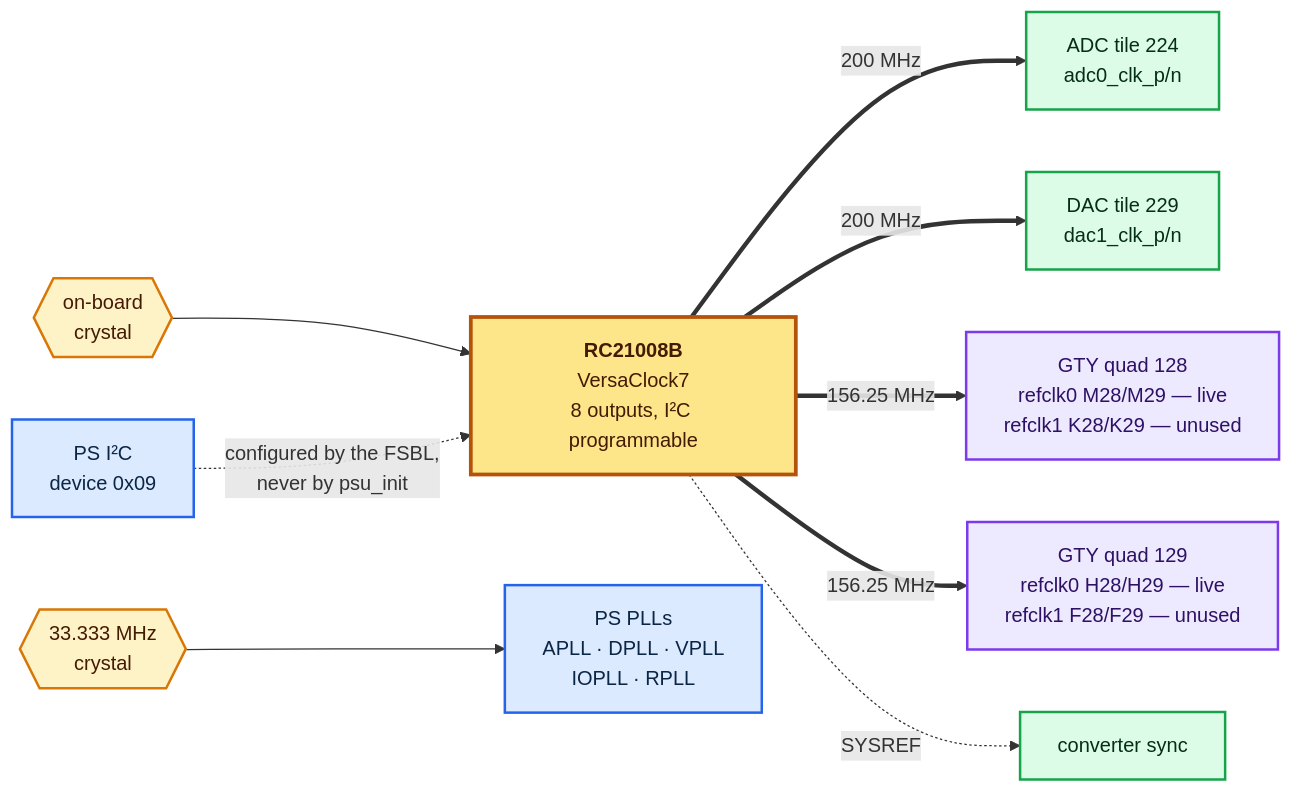
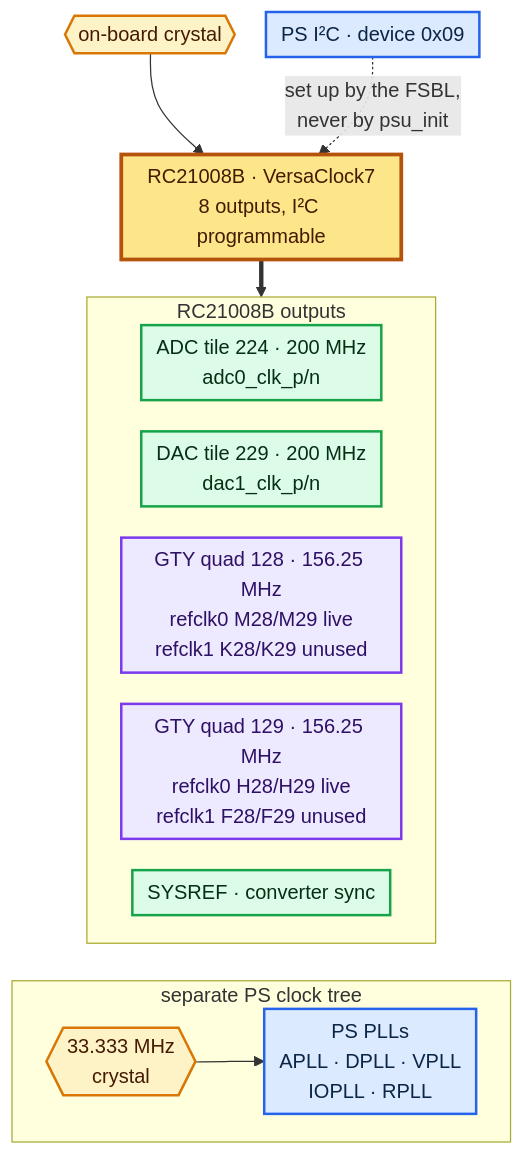
One commit to JutsFunFor/xczu27dr-rfsoc changed the diagram in clocking/README.md. Above: the diagram before and after it, drawn with Mermaid. The commit also changed 7 other files, not shown here.

````diff
--- a/clocking/README.md
+++ b/clocking/README.md
@@ -48,30 +48,38 @@
 ```mermaid
-flowchart LR
-  XO{{"on-board<br/>crystal"}}
-  RC["<b>RC21008B</b><br/>VersaClock7<br/>8 outputs, I²C programmable"]
-  I2C["PS I²C<br/>device 0x09"]
+%%{init: {"flowchart": {"nodeSpacing": 25, "rankSpacing": 30, "padding": 6}}}%%
+flowchart TD
+  XO{{"on-board crystal"}}
+  I2C["PS I²C · device 0x09"]
+  RC["RC21008B · VersaClock7<br/>8 outputs, I²C programmable"]
 
   XO --> RC
-  I2C -.->|"configured by the FSBL,<br/>never by psu_init"| RC
+  I2C -.->|"set up by the FSBL,<br/>never by psu_init"| RC
+  RC ==> OUT
+  OUT ~~~ PSC
 
-  RC ==>|"200 MHz"| ADC["ADC tile 224<br/>adc0_clk_p/n"]
-  RC ==>|"200 MHz"| DAC["DAC tile 229<br/>dac1_clk_p/n"]
-  RC ==>|"156.25 MHz"| Q0["GTY quad 128<br/>refclk0 M28/M29 — live<br/>refclk1 K28/K29 — unused"]
-  RC ==>|"156.25 MHz"| Q1["GTY quad 129<br/>refclk0 H28/H29 — live<br/>refclk1 F28/F29 — unused"]
-  RC -.->|"SYSREF"| SYNC["converter sync"]
+  subgraph OUT["RC21008B outputs"]
+    ADC["ADC tile 224 · 200 MHz<br/>adc0_clk_p/n"]
+    DAC["DAC tile 229 · 200 MHz<br/>dac1_clk_p/n"]
+    Q0["GTY quad 128 · 156.25 MHz<br/>refclk0 M28/M29 live<br/>refclk1 K28/K29 unused"]
+    Q1["GTY quad 129 · 156.25 MHz<br/>refclk0 H28/H29 live<br/>refclk1 F28/F29 unused"]
+    SYNC["SYSREF · converter sync"]
+  end
 
-  XTAL{{"33.333 MHz<br/>crystal"}}
-  XTAL --> PSPLL["PS PLLs<br/>APLL · DPLL · VPLL<br/>IOPLL · RPLL"]
+  subgraph PSC["separate PS clock tree"]
+    XTAL{{"33.333 MHz<br/>crystal"}}
+    PSPLL["PS PLLs<br/>APLL · DPLL · VPLL<br/>IOPLL · RPLL"]
+    XTAL --> PSPLL
+  end
 
   classDef clk  fill:#fef3c7,stroke:#d97706,stroke-width:2px,color:#451a03
   classDef hub  fill:#fde68a,stroke:#b45309,stroke-width:3px,color:#451a03
   classDef rf   fill:#dcfce7,stroke:#16a34a,stroke-width:2px,color:#052e16
   classDef pl   fill:#ede9fe,stroke:#7c3aed,stroke-width:2px,color:#2e1065
   classDef ps   fill:#dbeafe,stroke:#2563eb,stroke-width:2px,color:#0b2545
 
   class XO,XTAL clk
   class RC hub
   class ADC,DAC,SYNC rf
   class Q0,Q1 pl
   class I2C,PSPLL ps
 ```
````
